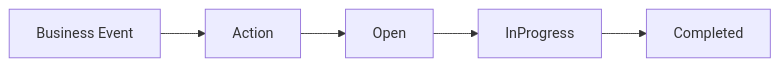
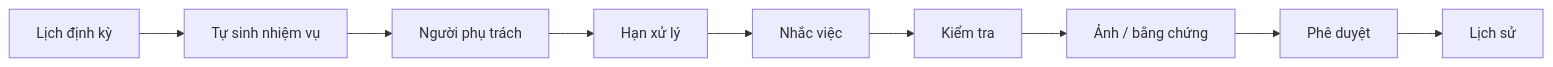
One commit to Nang0559/Reggister changed the eighth of 15 diagrams in MÔ HÌNH/DOCUMENTATION/07_PRESENTATION.md. Above: the diagram before and after it, drawn with Mermaid. The commit also changed other lines of this file and 256 other files, not shown here.

````diff
--- a/MÔ HÌNH/DOCUMENTATION/07_PRESENTATION.md
+++ b/MÔ HÌNH/DOCUMENTATION/07_PRESENTATION.md
@@ -315,7 +292,11 @@
 ```mermaid
 flowchart LR
-    EVENT[Business Event] --> ACTION[Action]
-    ACTION --> OPEN[Open]
-    OPEN --> PROG[InProgress]
-    PROG --> DONE[Completed]
+    A[Lịch định kỳ] --> B[Tự sinh nhiệm vụ]
+    B --> C[Người phụ trách]
+    C --> D[Hạn xử lý]
+    D --> E[Nhắc việc]
+    E --> F[Kiểm tra]
+    F --> G[Ảnh / bằng chứng]
+    G --> H[Phê duyệt]
+    H --> I[Lịch sử]
 ```
````
